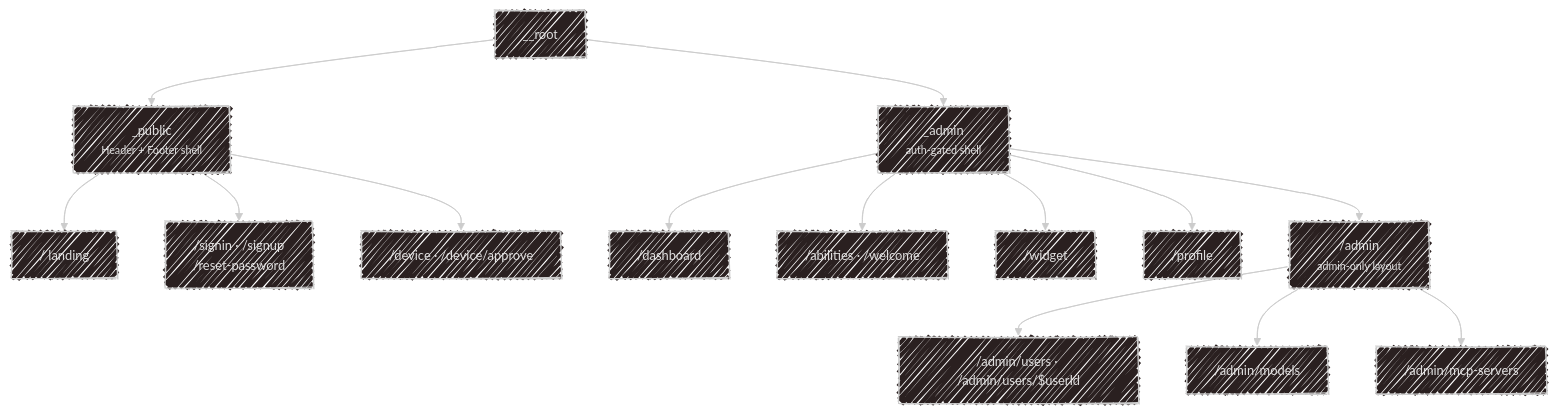
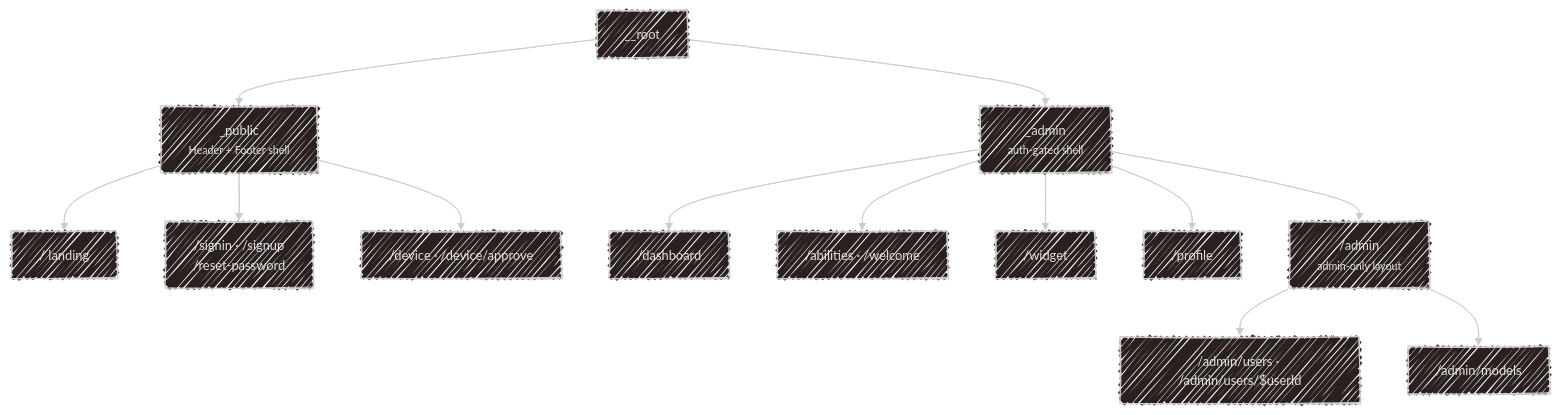
The diagram in docs/development/web.md (SubZtep/kaja), drawn with Mermaid before and after one commit. The commit also changed other lines of this file and 36 other files, not shown here.

First line of the commit message:
refactor: remove the admin-managed MCP server list

````diff
--- a/docs/development/web.md
+++ b/docs/development/web.md
@@ -13,23 +13,22 @@
 ```mermaid
 ---
 config:
   look: handDrawn
   theme: neo-dark
 ---
 flowchart TD
     R["__root"] --> P["_public<br><small>Header + Footer shell</small>"]
     R --> A["_admin<br><small>auth-gated shell</small>"]
 
     P --> L["/ landing"]
     P --> S["/signin · /signup<br>/reset-password"]
     P --> D["/device · /device/approve"]
 
     A --> DA["/dashboard"]
     A --> AB["/abilities · /welcome"]
     A --> W["/widget"]
     A --> PR["/profile"]
     A --> AD["/admin<br><small>admin-only layout</small>"]
     AD --> U["/admin/users · /admin/users/$userId"]
     AD --> M["/admin/models"]
-    AD --> MC["/admin/mcp-servers"]
 ```
````
